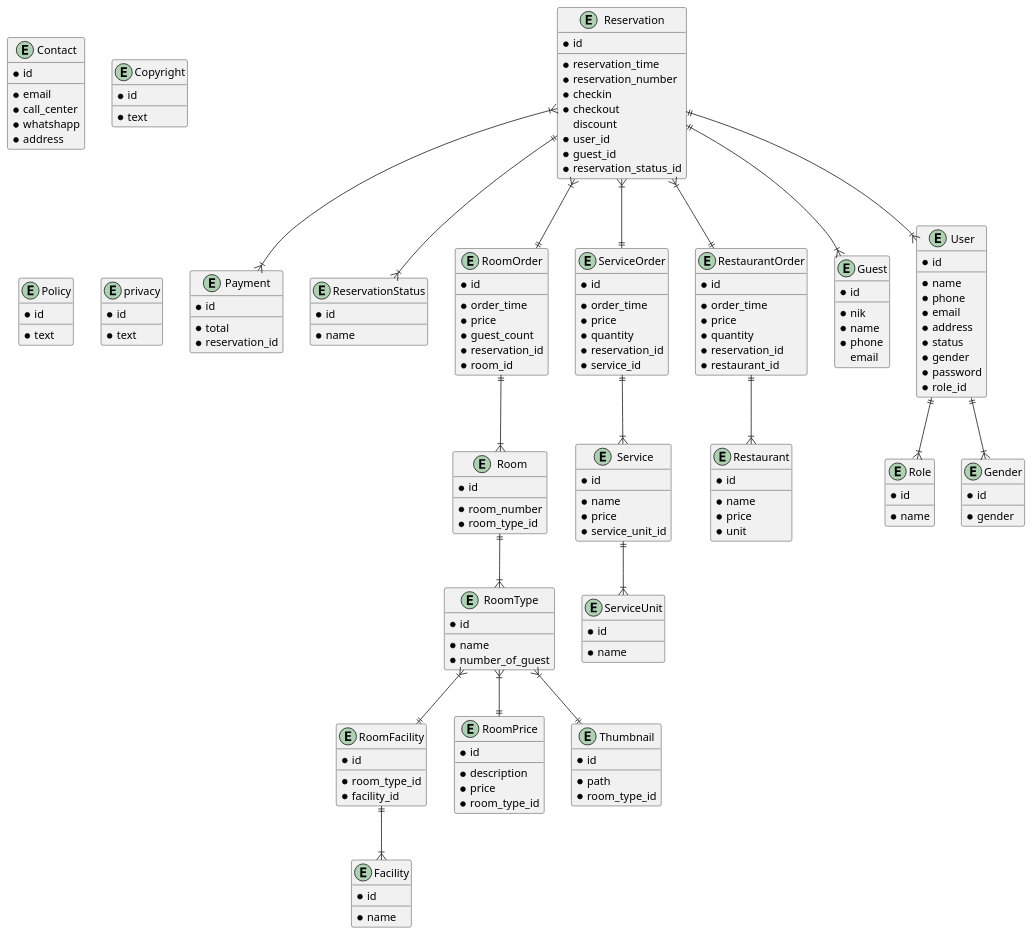
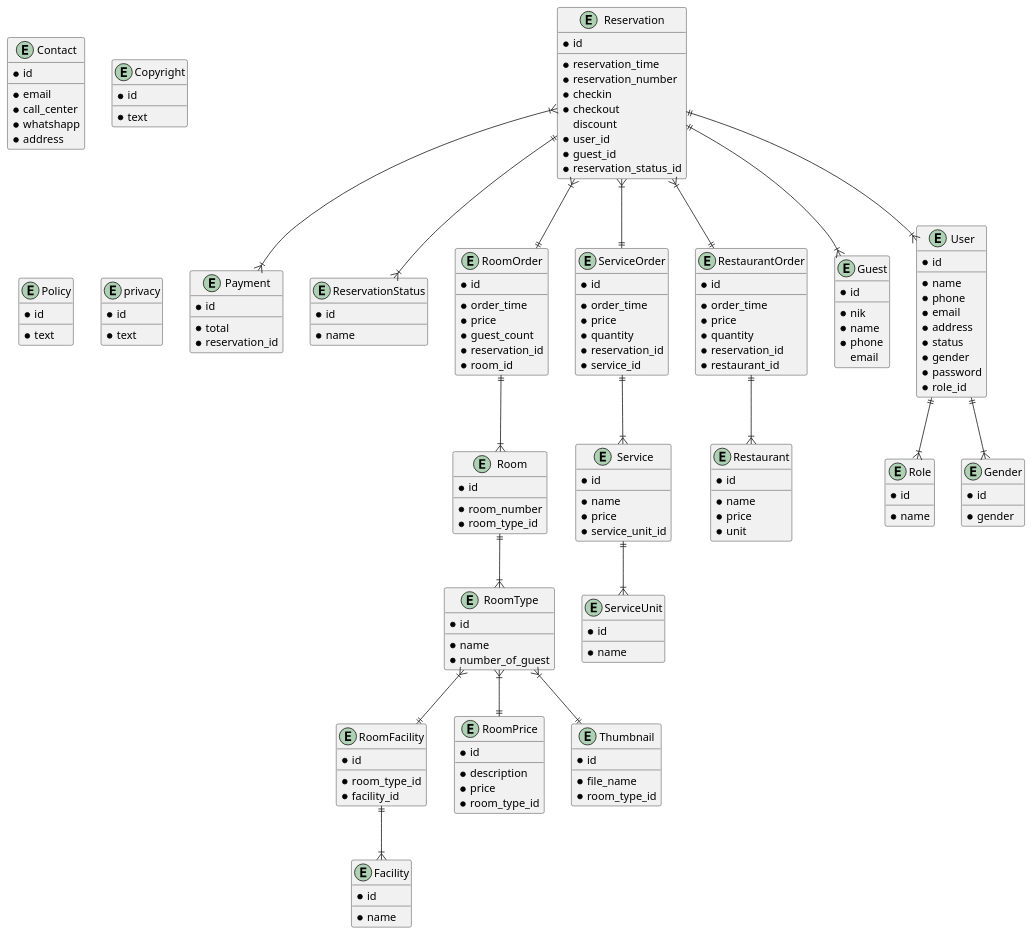
One commit to MuhammadIqbalAfandi/semuwainn changed the diagram in designs/diagrams/database.puml. Above: the diagram before and after it, drawn with PlantUML. The commit also changed 25 other files, not shown here.

```diff
--- a/designs/diagrams/database.puml
+++ b/designs/diagrams/database.puml
@@ -149,7 +149,7 @@
   entity Thumbnail {
     * id
     __
-    * path
+    * file_name
     * room_type_id
   }
 
```
